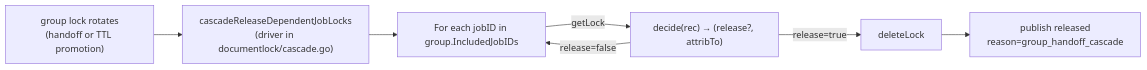
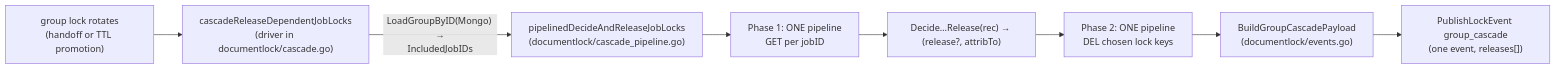
The third of 3 diagrams in docs/document-lock/BACKEND.md (darcy561/eve-industry-planner), drawn with Mermaid before and after one commit. The commit also changed other lines of this file and 41 other files, not shown here.

````diff
--- a/docs/document-lock/BACKEND.md
+++ b/docs/document-lock/BACKEND.md
@@ -226,16 +264,19 @@
 ```mermaid
 flowchart LR
   GroupHandoff["group lock rotates<br/>(handoff or TTL promotion)"]
   CD["cascadeReleaseDependentJobLocks<br/>(driver in documentlock/cascade.go)"]
-  Decide["decide(rec) → (release?, attribTo)"]
-  PerJob["For each jobID in group.IncludedJobIDs"]
-  Del["deleteLock"]
-  Pub["publish released<br/>reason=group_handoff_cascade"]
+  Helper["pipelinedDecideAndReleaseJobLocks<br/>(documentlock/cascade_pipeline.go)"]
+  P1["Phase 1: ONE pipeline<br/>GET per jobID"]
+  Decide["Decide…Release(rec) → (release?, attribTo)"]
+  P2["Phase 2: ONE pipeline<br/>DEL chosen lock keys"]
+  Build["BuildGroupCascadePayload<br/>(documentlock/events.go)"]
+  Pub["PublishLockEvent group_cascade<br/>(one event, releases[])"]
 
   GroupHandoff --> CD
-  CD --> PerJob
-  PerJob -->|"getLock"| Decide
-  Decide -->|"release=true"| Del
-  Del --> Pub
-  Decide -->|"release=false"| PerJob
+  CD -->|"LoadGroupByID(Mongo) →<br/>IncludedJobIDs"| Helper
+  Helper --> P1
+  P1 --> Decide
+  Decide --> P2
+  P2 --> Build
+  Build --> Pub
 ```
````
